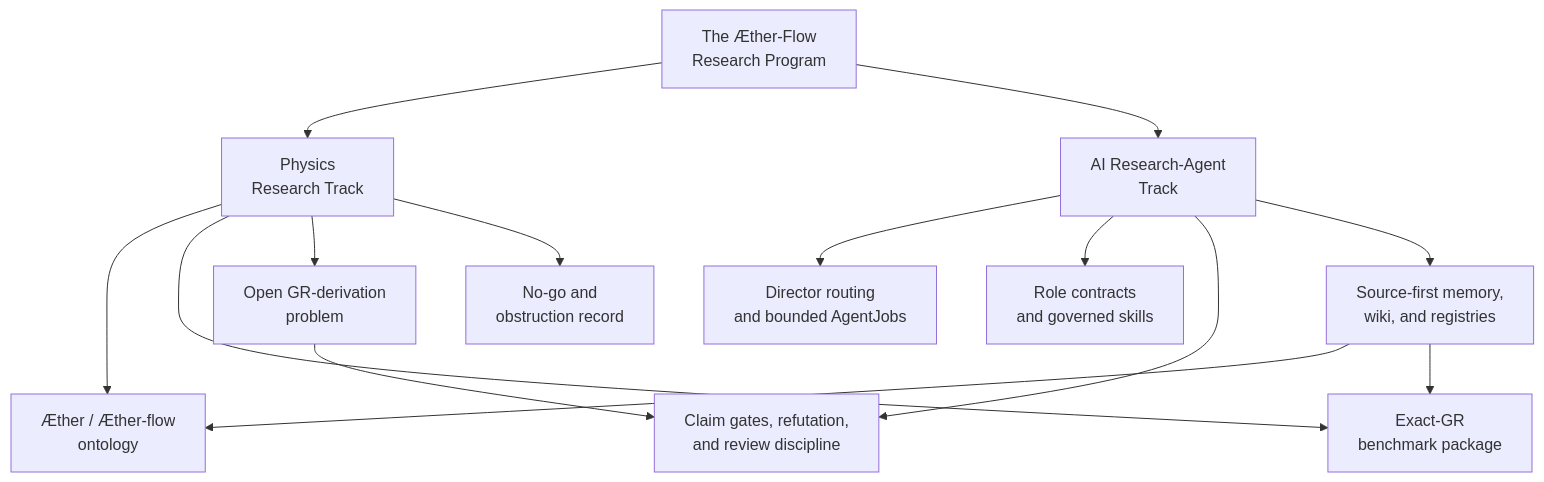
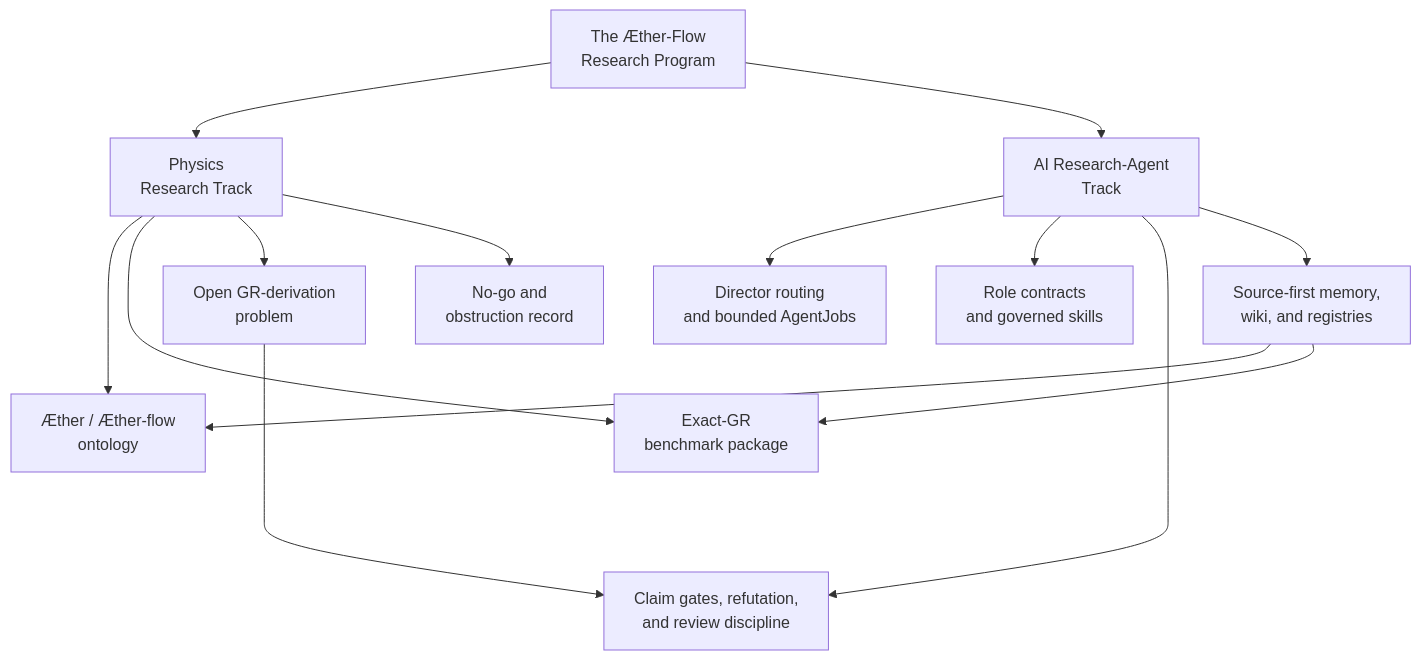
Before and after one commit to AngryOwlAI/The-AEther-Flow: the diagram in README.md, drawn with Mermaid. The commit also changed 24 other files, not shown here.

Commit message:
Fix README Mermaid route clarity

````diff
--- a/README.md
+++ b/README.md
@@ -45,23 +45,23 @@
 ```mermaid
 flowchart TB
     program["The Æther-Flow<br/>Research Program"]
     physics["Physics<br/>Research Track"]
     ai["AI Research-Agent<br/>Track"]
 
     program --> physics
     program --> ai
 
     physics --> ontology["Æther / Æther-flow<br/>ontology"]
     physics --> benchmark["Exact-GR<br/>benchmark package"]
     physics --> derivation["Open GR-derivation<br/>problem"]
     physics --> obstructions["No-go and<br/>obstruction record"]
 
     ai --> routing["Director routing<br/>and bounded AgentJobs"]
     ai --> roles["Role contracts<br/>and governed skills"]
-    ai --> gates["Claim gates, refutation,<br/>and review discipline"]
+    ai ----> gates["Claim gates, refutation,<br/>and review discipline"]
     ai --> memory["Source-first memory,<br/>wiki, and registries"]
 
-    derivation --> gates
+    derivation ----> gates
     memory --> ontology
     memory --> benchmark
 ```
````
